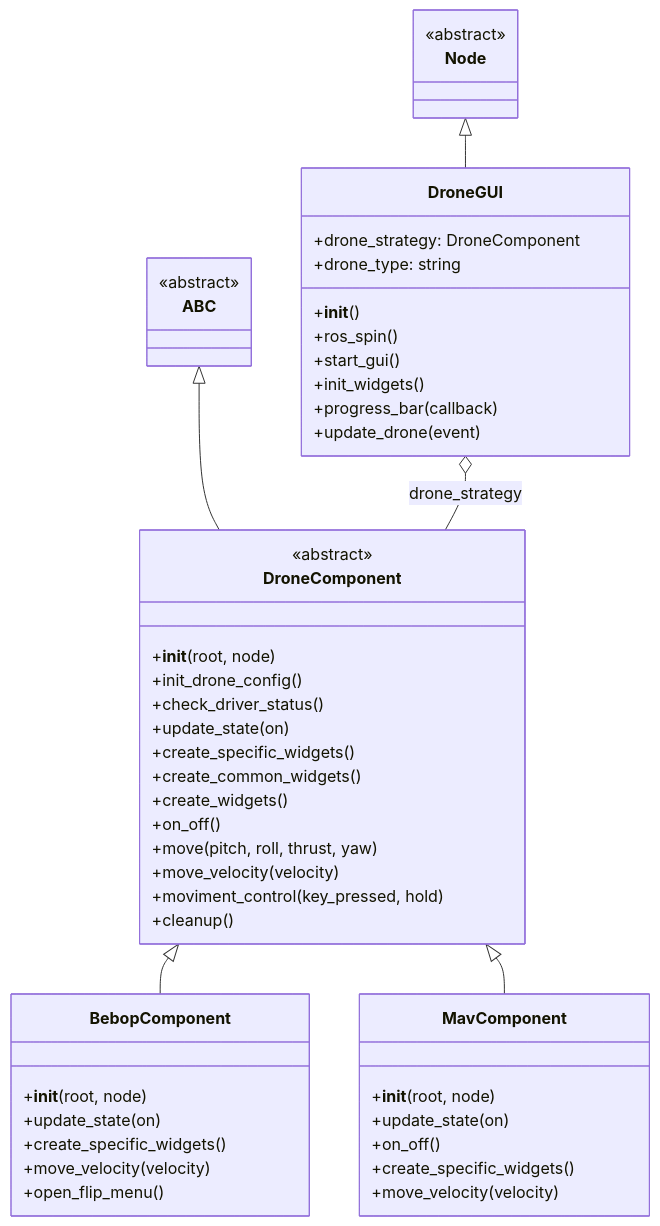
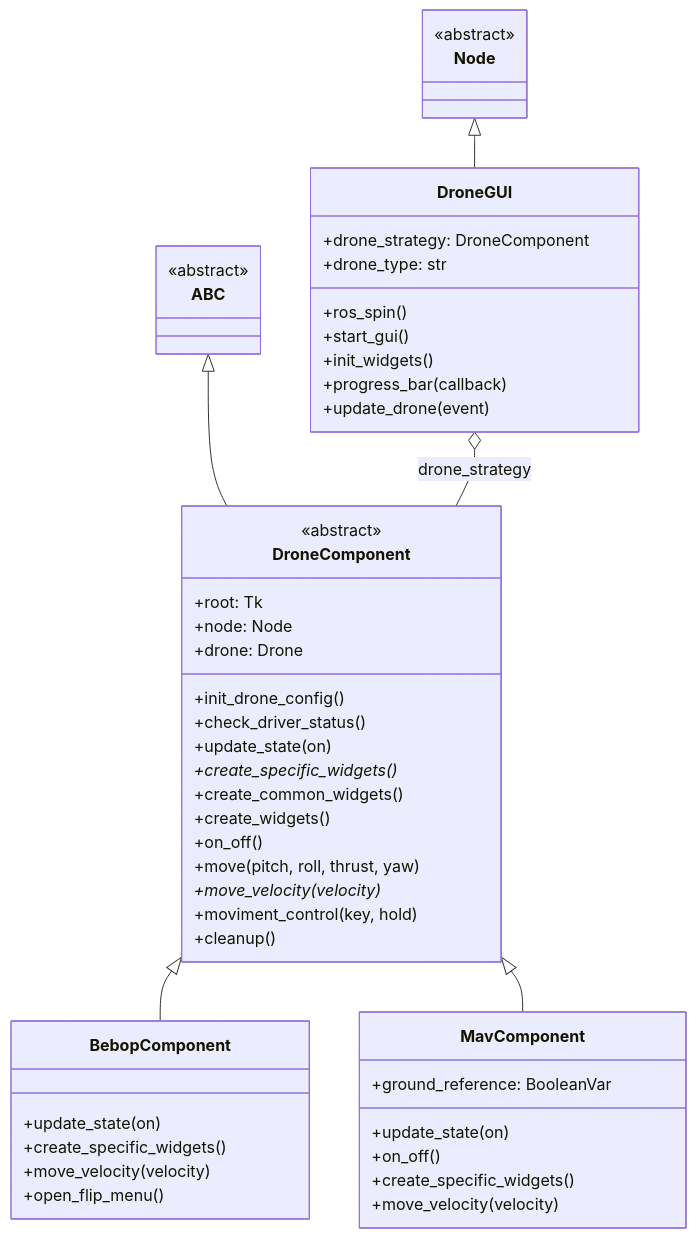
One commit to Black-Bee-Drones/nectar-sdk changed the diagram in mirela_sdk/mirela_sdk/interface/README.md. Above: the diagram before and after it, drawn with Mermaid. The commit also changed other lines of this file and 7 other files, not shown here.

Commit message:
docs: update project READMEs with architecture and module docs

````diff
--- a/mirela_sdk/mirela_sdk/interface/README.md
+++ b/mirela_sdk/mirela_sdk/interface/README.md
@@ -56,62 +24,59 @@
 ```mermaid
 classDiagram
-    %% Classes base abstratas
     class Node {
         <<abstract>>
     }
+    
     class ABC {
         <<abstract>>
     }
     
-    %% Classes base de drone
     class DroneComponent {
         <<abstract>>
-        +__init__(root, node)
+        +root: Tk
+        +node: Node
+        +drone: Drone
         +init_drone_config()
         +check_driver_status()
         +update_state(on)
-        +create_specific_widgets()
+        +create_specific_widgets()*
         +create_common_widgets()
         +create_widgets()
         +on_off()
         +move(pitch, roll, thrust, yaw)
-        +move_velocity(velocity)
-        +moviment_control(key_pressed, hold)
+        +move_velocity(velocity)*
+        +moviment_control(key, hold)
         +cleanup()
     }
 
-    %% Interface gráfica
     class DroneGUI {
         +drone_strategy: DroneComponent
-        +drone_type: string
-        +__init__()
+        +drone_type: str
         +ros_spin()
         +start_gui()
         +init_widgets()
         +progress_bar(callback)
         +update_drone(event)
     }
 
-    %% DroneComponent children
     class BebopComponent {
-        +__init__(root, node)
         +update_state(on)
         +create_specific_widgets()
         +move_velocity(velocity)
         +open_flip_menu()
     }
+    
     class MavComponent {
-        +__init__(root, node)
+        +ground_reference: BooleanVar
         +update_state(on)
         +on_off()
         +create_specific_widgets()
         +move_velocity(velocity)
     }
 
-    %% Herança e composição
     Node <|-- DroneGUI
     ABC <|-- DroneComponent
     DroneComponent <|-- BebopComponent
     DroneComponent <|-- MavComponent
     DroneGUI o-- DroneComponent : drone_strategy
 ```
````
